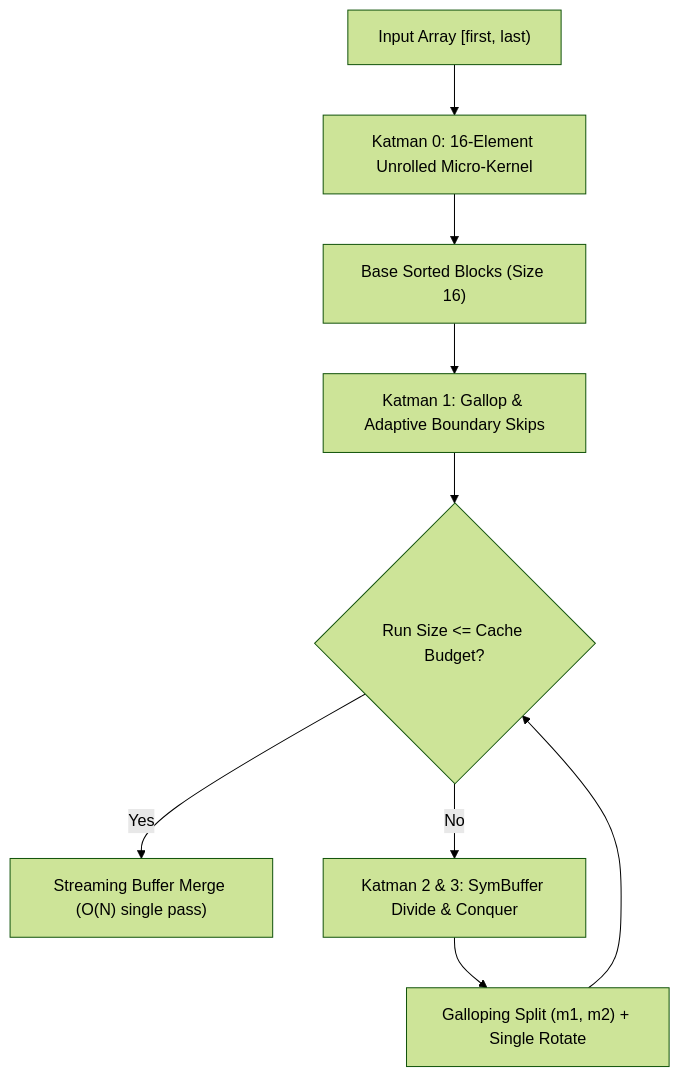
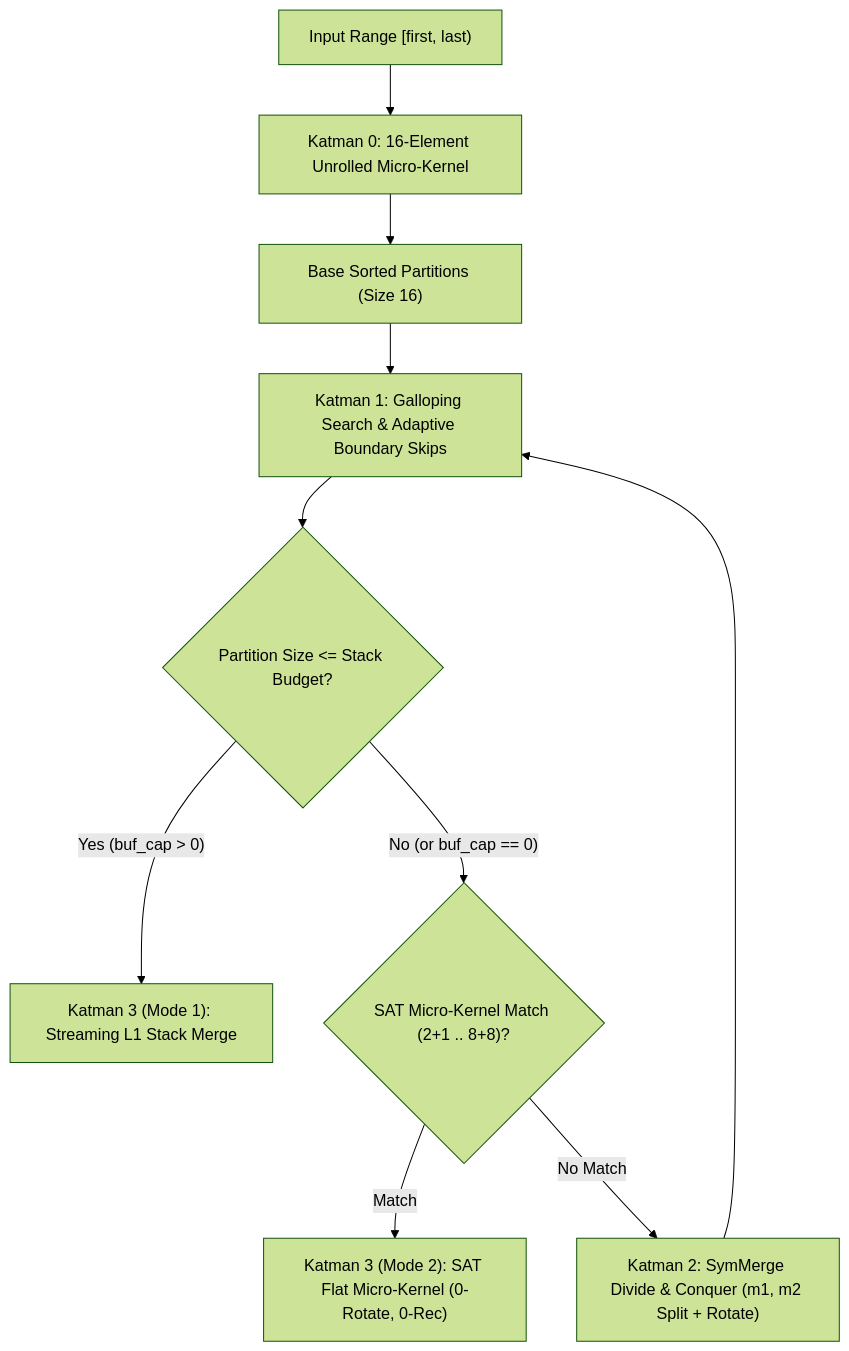
The diagram in README.md (AbiltyGit/V-BlockSort), drawn with Mermaid (forest theme) before and after one commit. The commit also changed other lines of this file and 42 other files, not shown here.

Commit message:
feat: integrate CaDiCaL SAT-synthesized micro-kernels, dual-mode stack architecture, and full benchmarks

````diff
--- a/README.md
+++ b/README.md
@@ -77,11 +92,12 @@
 ```mermaid
 graph TD
-    A["Input Array [first, last)"] --> B["Katman 0: 16-Element Unrolled Micro-Kernel"]
-    B --> C["Base Sorted Blocks (Size 16)"]
-    C --> D["Katman 1: Gallop & Adaptive Boundary Skips"]
-    D --> E{"Run Size <= Cache Budget?"}
-    E -- Yes --> F["Streaming Buffer Merge (O(N) single pass)"]
-    E -- No --> G["Katman 2 & 3: SymBuffer Divide & Conquer"]
-    G --> H["Galloping Split (m1, m2) + Single Rotate"]
-    H --> E
+    A["Input Range [first, last)"] --> B["Katman 0: 16-Element Unrolled Micro-Kernel"]
+    B --> C["Base Sorted Partitions (Size 16)"]
+    C --> D["Katman 1: Galloping Search & Adaptive Boundary Skips"]
+    D --> E{"Partition Size <= Stack Budget?"}
+    E -- Yes (buf_cap > 0) --> F["Katman 3 (Mode 1): Streaming L1 Stack Merge"]
+    E -- No (or buf_cap == 0) --> G{"SAT Micro-Kernel Match (2+1 .. 8+8)?"}
+    G -- Match --> H["Katman 3 (Mode 2): SAT Flat Micro-Kernel (0-Rotate, 0-Rec)"]
+    G -- No Match --> I["Katman 2: SymMerge Divide & Conquer (m1, m2 Split + Rotate)"]
+    I --> D
 ```
````
